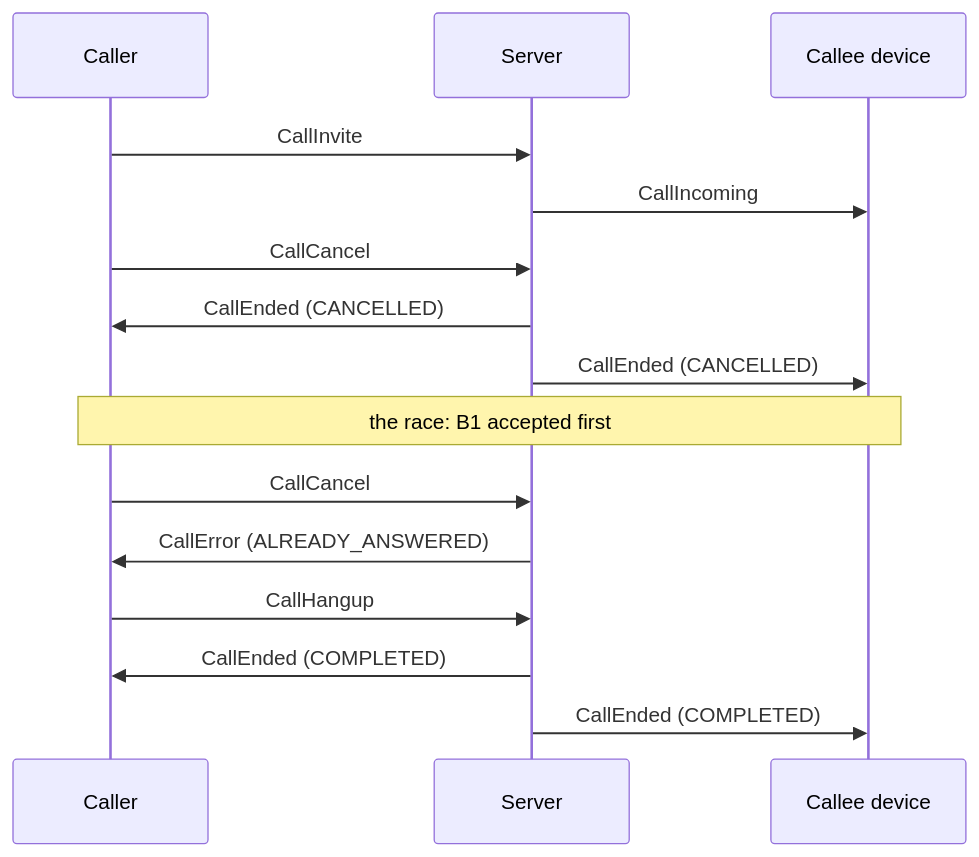
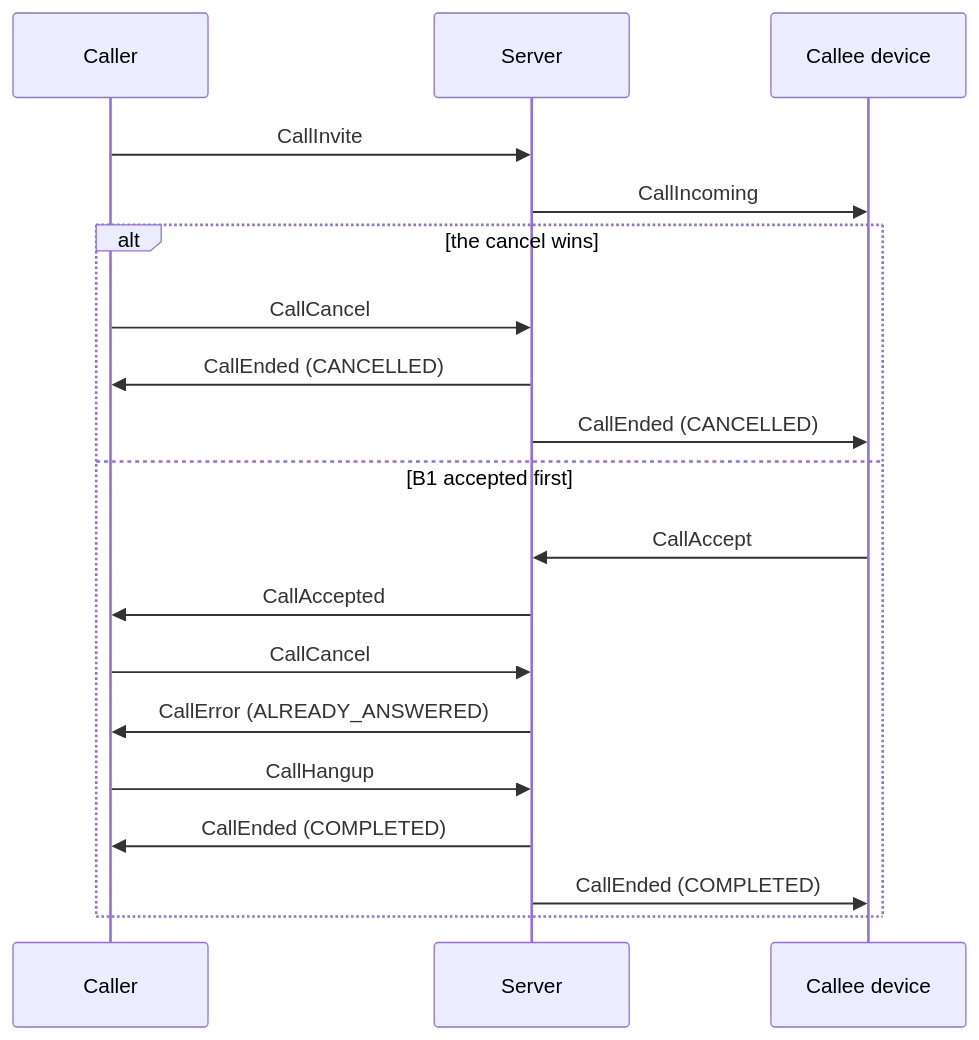
Before and after one commit to yury-opolev/push-messenger: the third of 10 diagrams in docs/calls.md, drawn with Mermaid. The commit also changed other lines of this file and 3 other files, not shown here.

````diff
--- a/docs/calls.md
+++ b/docs/calls.md
@@ -272,17 +272,21 @@
 ```mermaid
 sequenceDiagram
     participant A as Caller
     participant S as Server
     participant B1 as Callee device
     A->>S: CallInvite
     S->>B1: CallIncoming
-    A->>S: CallCancel
-    S->>A: CallEnded (CANCELLED)
-    S->>B1: CallEnded (CANCELLED)
-    Note over A,B1: the race: B1 accepted first
-    A->>S: CallCancel
-    S->>A: CallError (ALREADY_ANSWERED)
-    A->>S: CallHangup
-    S->>A: CallEnded (COMPLETED)
-    S->>B1: CallEnded (COMPLETED)
+    alt the cancel wins
+        A->>S: CallCancel
+        S->>A: CallEnded (CANCELLED)
+        S->>B1: CallEnded (CANCELLED)
+    else B1 accepted first
+        B1->>S: CallAccept
+        S->>A: CallAccepted
+        A->>S: CallCancel
+        S->>A: CallError (ALREADY_ANSWERED)
+        A->>S: CallHangup
+        S->>A: CallEnded (COMPLETED)
+        S->>B1: CallEnded (COMPLETED)
+    end
 ```
````
